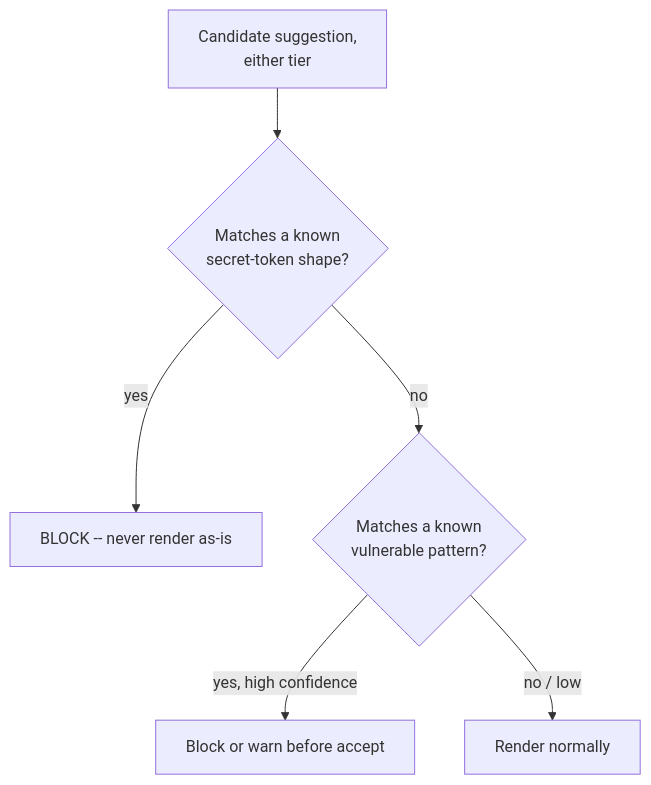
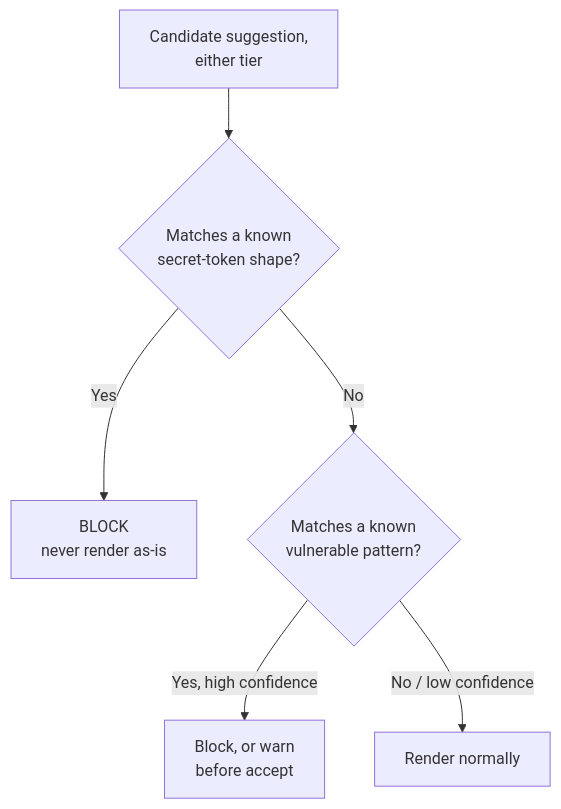
Before and after one commit to riyaz-pasha/Learnings: the ninth of 13 diagrams in system-design/HLD/0-course/45-Design-an-AI-Code-Assistant-FAANG-Guide-story.md, drawn with Mermaid. The commit also changed other lines of this file and 1 other file, not shown here.

Commit message:
[REWRITE] AI Code Assistant story guide: simplify prose, add structure, fix diagrams

````diff
--- a/system-design/HLD/0-course/45-Design-an-AI-Code-Assistant-FAANG-Guide-story.md
+++ b/system-design/HLD/0-course/45-Design-an-AI-Code-Assistant-FAANG-Guide-story.md
@@ -382,8 +573,8 @@
 ```mermaid
 flowchart TD
-    A["Candidate suggestion,\neither tier"] --> B{"Matches a known\nsecret-token shape?"}
-    B -->|"yes"| C["BLOCK -- never render as-is"]
-    B -->|"no"| D{"Matches a known\nvulnerable pattern?"}
-    D -->|"yes, high confidence"| E["Block or warn before accept"]
-    D -->|"no / low"| F["Render normally"]
+    A["Candidate suggestion,<br/>either tier"] --> B{"Matches a known<br/>secret-token shape?"}
+    B -->|"Yes"| C["BLOCK<br/>never render as-is"]
+    B -->|"No"| D{"Matches a known<br/>vulnerable pattern?"}
+    D -->|"Yes, high confidence"| E["Block, or warn<br/>before accept"]
+    D -->|"No / low confidence"| F["Render normally"]
 ```
````
